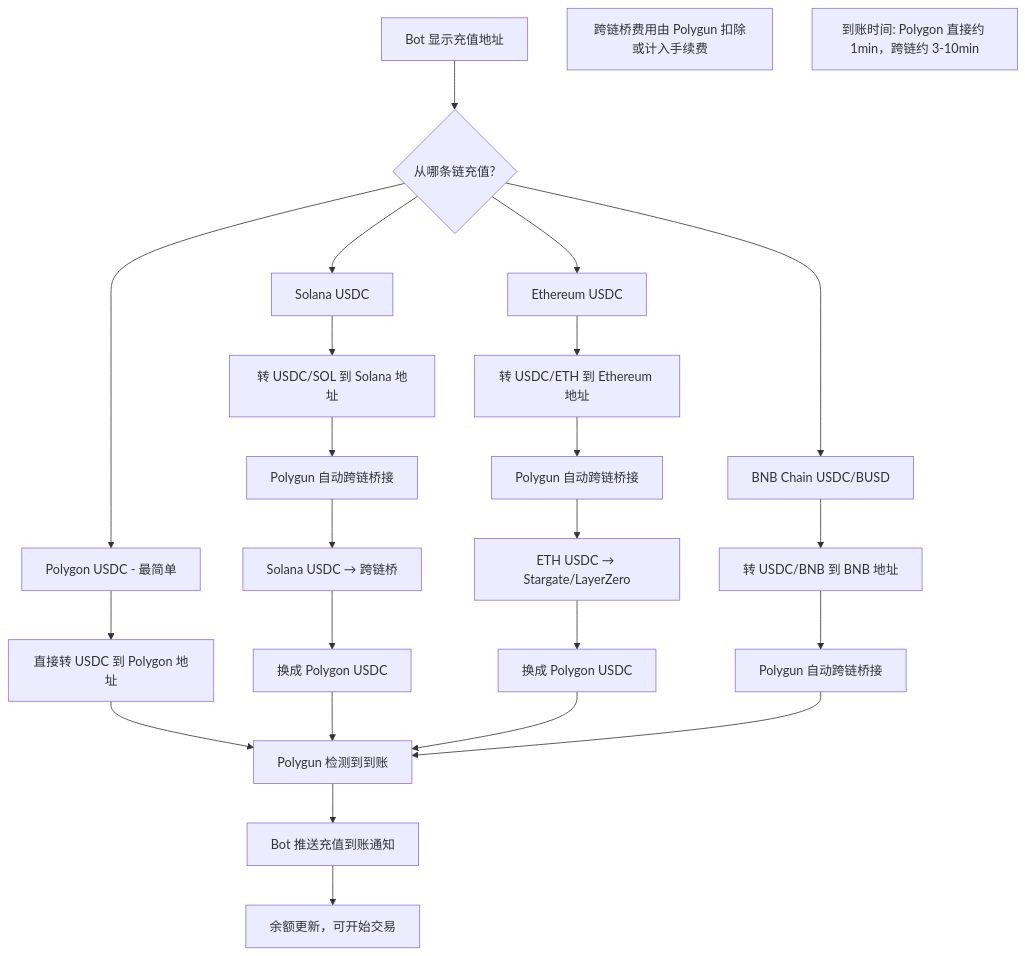
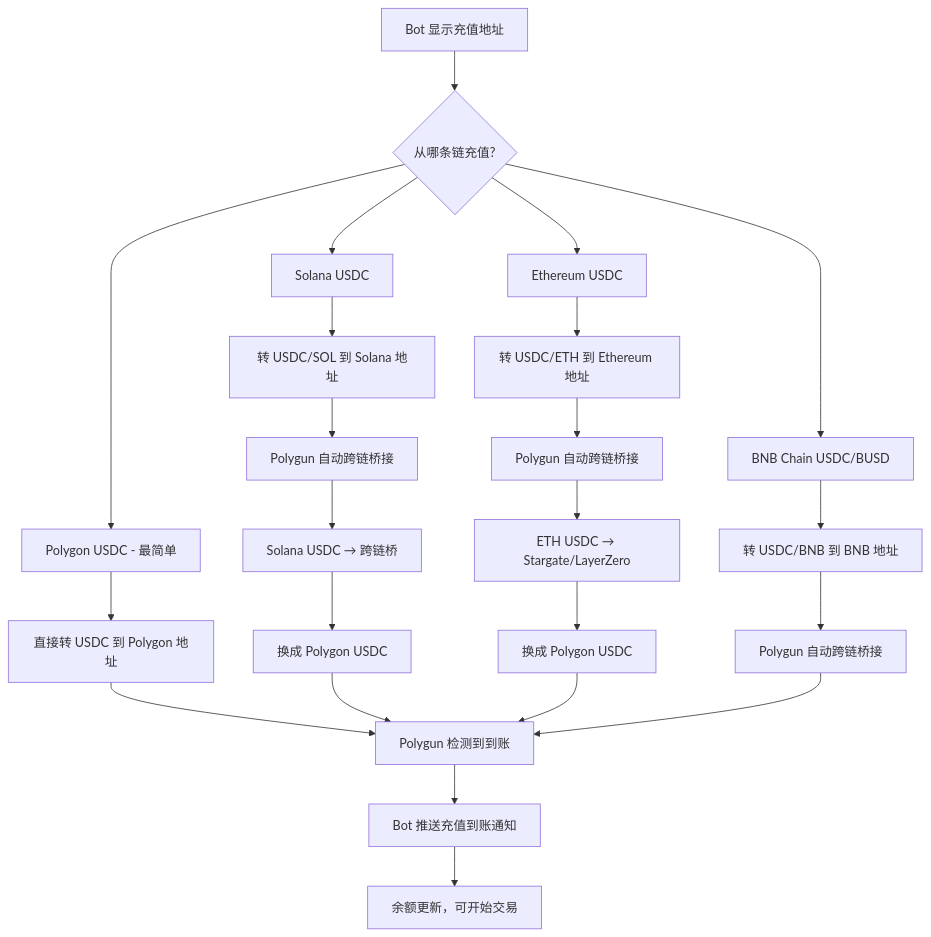
One commit to survivorff/polymarket_research changed the second of 16 diagrams in research/04_polygun/analysis.md. Above: the diagram before and after it, drawn with Mermaid. The commit also changed other lines of this file and 11 other files, not shown here.

First line of the commit message:
修复所有 Mermaid 语法错误，确保流程图可正常渲染

````diff
--- a/research/04_polygun/analysis.md
+++ b/research/04_polygun/analysis.md
@@ -68,32 +68,32 @@
 ```mermaid
 flowchart TD
     A[Bot 显示充值地址] --> B{从哪条链充值?}
     B --> C1[Polygon USDC - 最简单]
     B --> C2[Solana USDC]
     B --> C3[Ethereum USDC]
     B --> C4[BNB Chain USDC/BUSD]
 
     C1 --> D1[直接转 USDC 到 Polygon 地址]
     D1 --> E[Polygun 检测到到账]
 
     C2 --> D2[转 USDC/SOL 到 Solana 地址]
     D2 --> F2[Polygun 自动跨链桥接]
     F2 --> F2a[Solana USDC → 跨链桥]
     F2a --> F2b[换成 Polygon USDC]
     F2b --> E
 
     C3 --> D3[转 USDC/ETH 到 Ethereum 地址]
     D3 --> F3[Polygun 自动跨链桥接]
     F3 --> F3a[ETH USDC → Stargate/LayerZero]
     F3a --> F3b[换成 Polygon USDC]
     F3b --> E
 
     C4 --> D4[转 USDC/BNB 到 BNB 地址]
     D4 --> F4[Polygun 自动跨链桥接]
     F4 --> E
 
     E --> G[Bot 推送充值到账通知]
     G --> H[余额更新，可开始交易]
-    note1[跨链桥费用由 Polygun 扣除或计入手续费]
-    note2[到账时间: Polygon 直接约 1min，跨链约 3-10min]
+    %% 注: 跨链桥费用由 Polygun 扣除或计入手续费
+    %% 注: 到账时间: Polygon 直接约 1min，跨链约 3-10min
 ```
````
